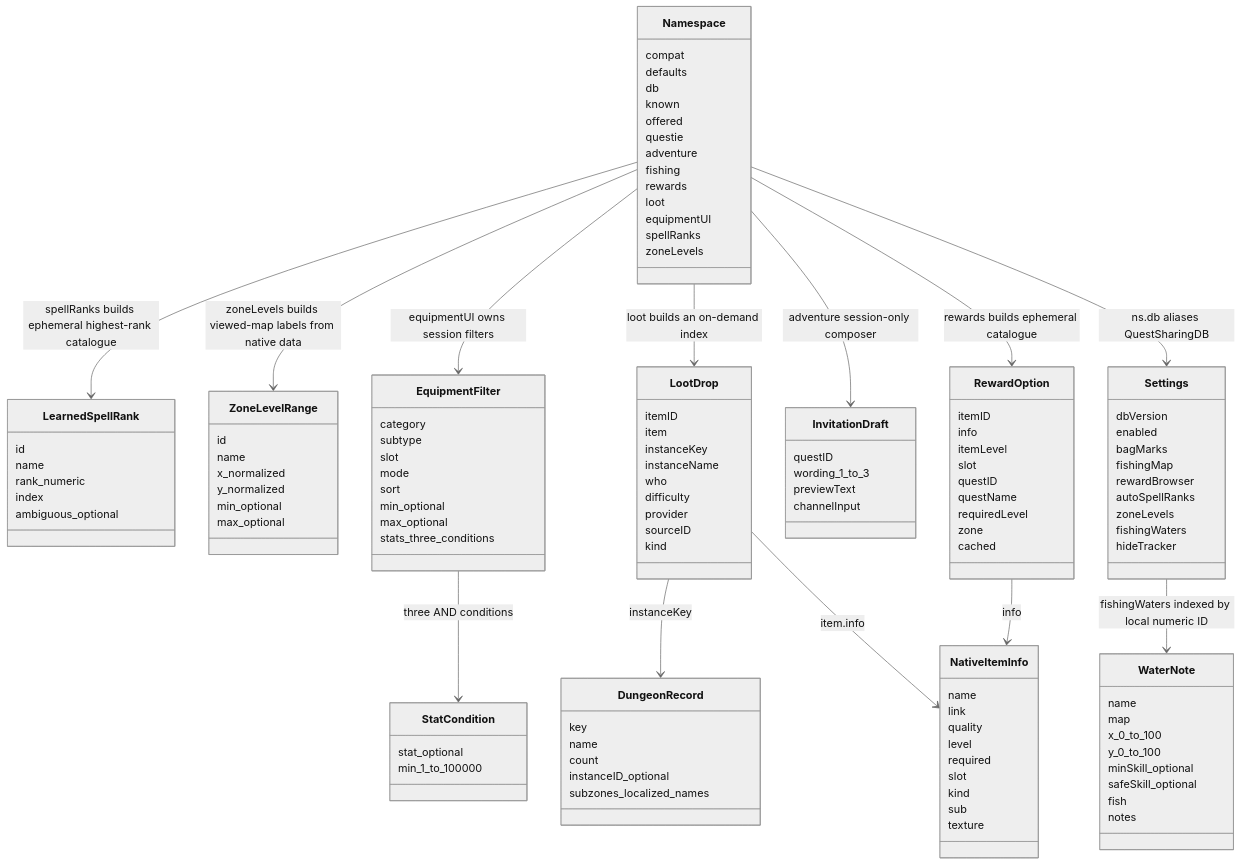
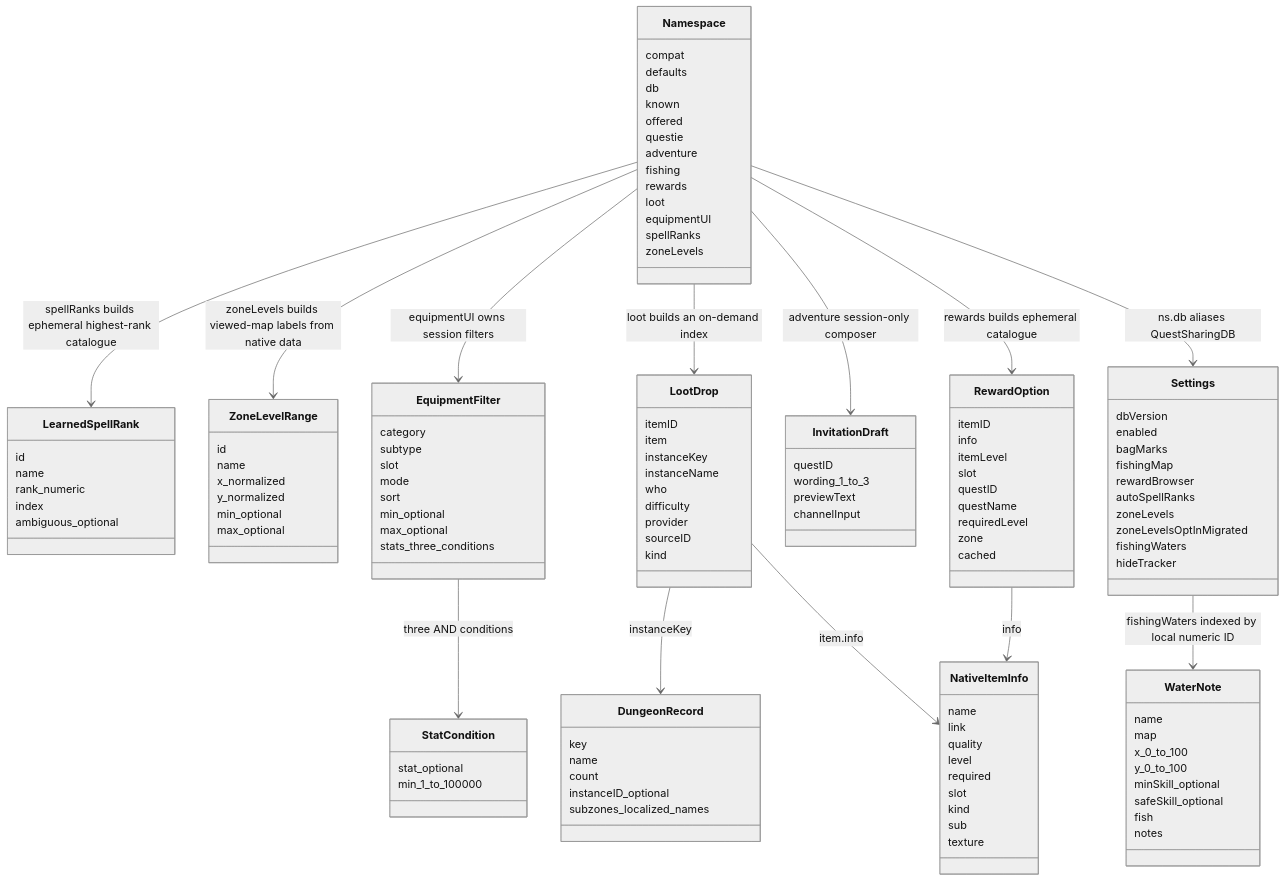
Before and after one commit to YodaGitMaster/QuestSharing: the tenth of 10 diagrams in context/architecture.md, drawn with Mermaid (neutral theme). The commit also changed other lines of this file and 10 other files, not shown here.

```diff
--- a/context/architecture.md
+++ b/context/architecture.md
@@ -308,6 +310,7 @@
         rewardBrowser
         autoSpellRanks
         zoneLevels
+        zoneLevelsOptInMigrated
         fishingWaters
         hideTracker
     }
```
